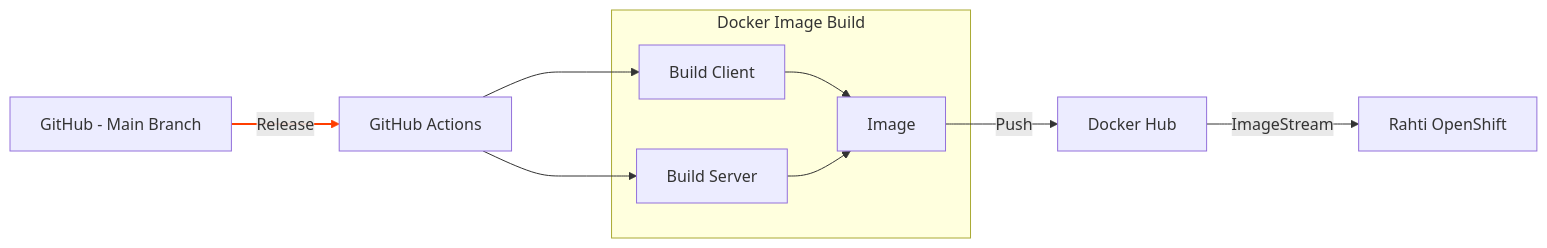
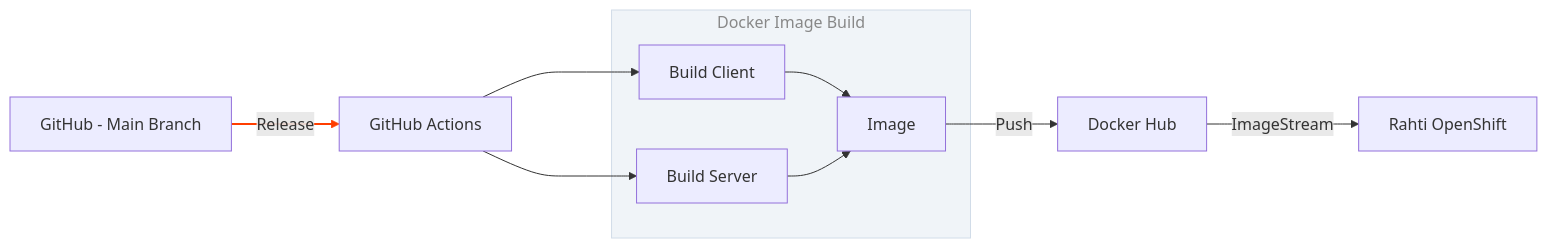
The second of 3 diagrams in README.md (uh-dcm/news-article-collection-container), drawn with Mermaid before and after one commit. The commit also changed other lines of this file and 7 other files, not shown here.

````diff
--- a/README.md
+++ b/README.md
@@ -11,18 +27,23 @@
 ```mermaid
 graph LR
     A[GitHub - Main Branch] -->|Release| B[GitHub Actions]
     C -->|ImageStream| D[Rahti OpenShift]
     
-    subgraph "Docker Image Build"
+    subgraph docker_build["Docker Image Build"]
     C1[Build Client]
     C2[Build Server]
     C3[Image]
     C1 --> C3
     C2 --> C3
     end
     B ---> C1
     B ---> C2
     C3 -->|Push| C[Docker Hub]
+    
+    linkStyle 0 stroke:#ff3e00,stroke-width:2px;
+    
+    classDef subgraphStyle fill:#f0f4f8,stroke:#d1dce8,stroke-width:1px;
+    class docker_build subgraphStyle;
 
-    linkStyle 0 stroke:#ff3e00,stroke-width:2px;
+    style docker_build color:#888888,fill:#f0f4f8,stroke:#d1dce8,stroke-width:1px
 ```
````
